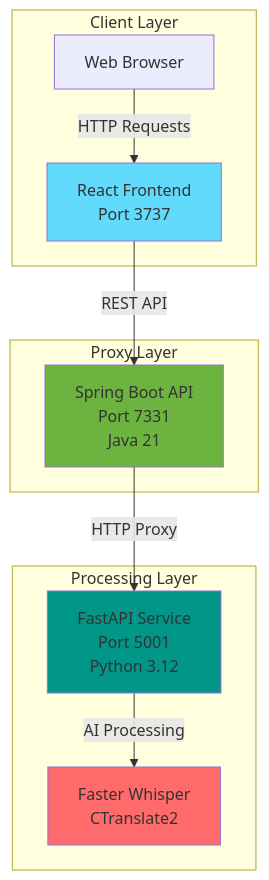
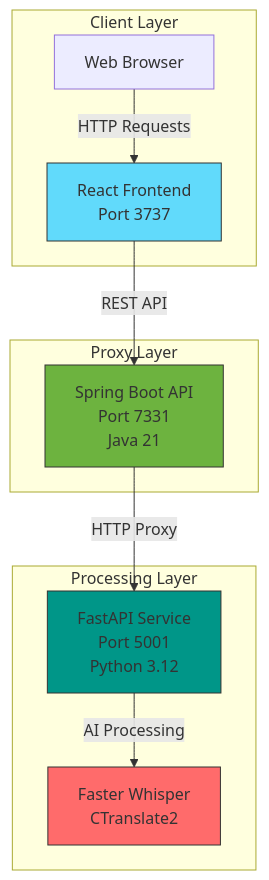
Before and after one commit to Shangmin-Chen/simon-chen-website: the diagram in src/content/posts/whisperrr.mdx, drawn with Mermaid. The commit also changed other lines of this file and 13 other files, not shown here.

````diff
--- a/src/content/posts/whisperrr.mdx
+++ b/src/content/posts/whisperrr.mdx
@@ -46,26 +32,26 @@
 ```mermaid
 graph TB
     subgraph Client["Client Layer"]
         Browser[Web Browser]
         React[React Frontend<br/>Port 3737]
     end
     
     subgraph Proxy["Proxy Layer"]
         SpringBoot[Spring Boot API<br/>Port 7331<br/>Java 21]
     end
     
     subgraph Processing["Processing Layer"]
         FastAPI[FastAPI Service<br/>Port 5001<br/>Python 3.12]
         Whisper[Faster Whisper<br/>CTranslate2]
     end
     
     Browser -->|HTTP Requests| React
     React -->|REST API| SpringBoot
     SpringBoot -->|HTTP Proxy| FastAPI
     FastAPI -->|AI Processing| Whisper
     
-    style React fill:#61dafb
-    style SpringBoot fill:#6db33f
-    style FastAPI fill:#009688
-    style Whisper fill:#ff6b6b
+    style React fill:#61dafb,stroke:#333,stroke-width:1px
+    style SpringBoot fill:#6db33f,stroke:#333,stroke-width:1px
+    style FastAPI fill:#009688,stroke:#333,stroke-width:1px
+    style Whisper fill:#ff6b6b,stroke:#333,stroke-width:1px
 ```
````
